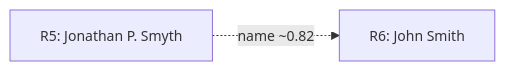
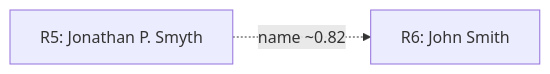
One commit to MarcoBetti1/Entity-Resolution changed the second of 2 diagrams in README.md. Above: the diagram before and after it, drawn with Mermaid. The commit also changed other lines of this file, not shown here.

````diff
--- a/README.md
+++ b/README.md
@@ -54,9 +54,9 @@
 ```mermaid
-%%{init: {"theme": "default", "securityLevel": "strict", "themeVariables": {"fontSize": "14px"}, "config": {"zoom": false, "pan": false}}}%%
+%%{init: { "config": {"zoom": false, "pan": false}}}%%
 graph LR
   R5["R5: Jonathan P. Smyth"]
   R6["R6: John Smith"]
 
   %% Dotted edge = low-confidence, name-only similarity
   R5 -. "name ~0.82" .-> R6
 ```
````
